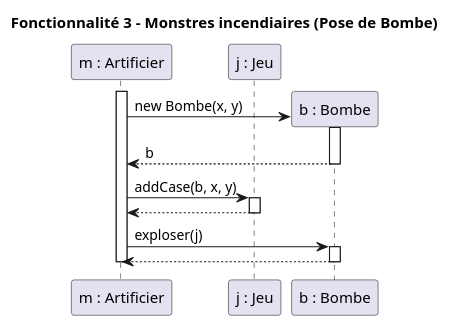
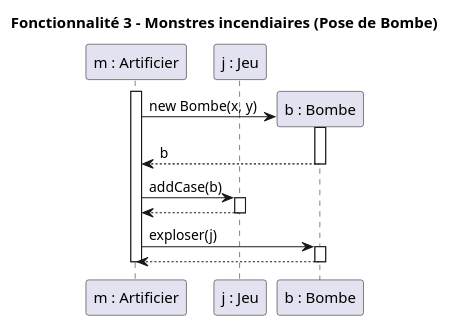
The diagram in documents/version_4/Diagrammes Séquence/Fonctionnalité 3.puml (lucas-martinati-pro/SAE_S2.01_Zeldiablo-LucasM_JeanLM_PierreGSV), drawn with PlantUML before and after one commit. The commit also changed 12 other files, not shown here.

```diff
--- a/documents/version_4/Diagrammes Séquence/Fonctionnalité 3.puml
+++ b/documents/version_4/Diagrammes Séquence/Fonctionnalité 3.puml
@@ -1,26 +1,26 @@
 @startuml
 title Fonctionnalité 3 - Monstres incendiaires (Pose de Bombe)
 
 participant "m : Artificier" as Artificier
 participant "j : Jeu" as Jeu
 
 activate Artificier
 
 create "b : Bombe" as Bombe
 Artificier -> Bombe : new Bombe(x, y)
 activate Bombe
 Bombe --> Artificier : b
 deactivate Bombe
 
-Artificier -> Jeu : addCase(b, x, y)
+Artificier -> Jeu : addCase(b)
 activate Jeu
 Jeu --> Artificier
 deactivate Jeu
 
 Artificier -> Bombe : exploser(j)
 activate Bombe
 Bombe --> Artificier
 deactivate Bombe
 
 deactivate Artificier
 @enduml
```
